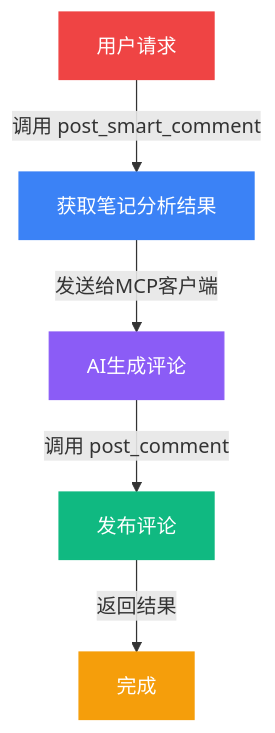
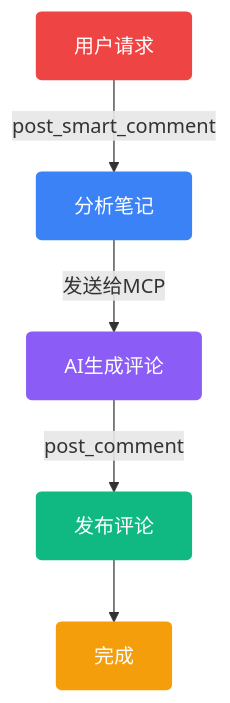
The diagram in slides.md (liuzhenghao123/zhangshuibin), drawn with Mermaid before and after one commit. The commit also changed other lines of this file and 410 other files, not shown here.

````diff
--- a/slides.md
+++ b/slides.md
@@ -363,13 +309,13 @@
 ```mermaid
 flowchart TD
-    A[用户请求] -->|调用 post_smart_comment| B[获取笔记分析结果]
-    B -->|发送给MCP客户端| C[AI生成评论]
-    C -->|调用 post_comment| D[发布评论]
-    D -->|返回结果| E[完成]
+    A[用户请求] -->|post_smart_comment| B[分析笔记]
+    B -->|发送给MCP| C[AI生成评论]
+    C -->|post_comment| D[发布评论]
+    D --> E[完成]
     
-    style A fill:#ef4444,color:#fff,stroke:#ef4444
-    style B fill:#3b82f6,color:#fff,stroke:#3b82f6
-    style C fill:#8b5cf6,color:#fff,stroke:#8b5cf6
-    style D fill:#10b981,color:#fff,stroke:#10b981
-    style E fill:#f59e0b,color:#fff,stroke:#f59e0b
+    style A fill:#ef4444,color:#fff,stroke:#ef4444,rx:4
+    style B fill:#3b82f6,color:#fff,stroke:#3b82f6,rx:4
+    style C fill:#8b5cf6,color:#fff,stroke:#8b5cf6,rx:4
+    style D fill:#10b981,color:#fff,stroke:#10b981,rx:4
+    style E fill:#f59e0b,color:#fff,stroke:#f59e0b,rx:4
 ```
````
